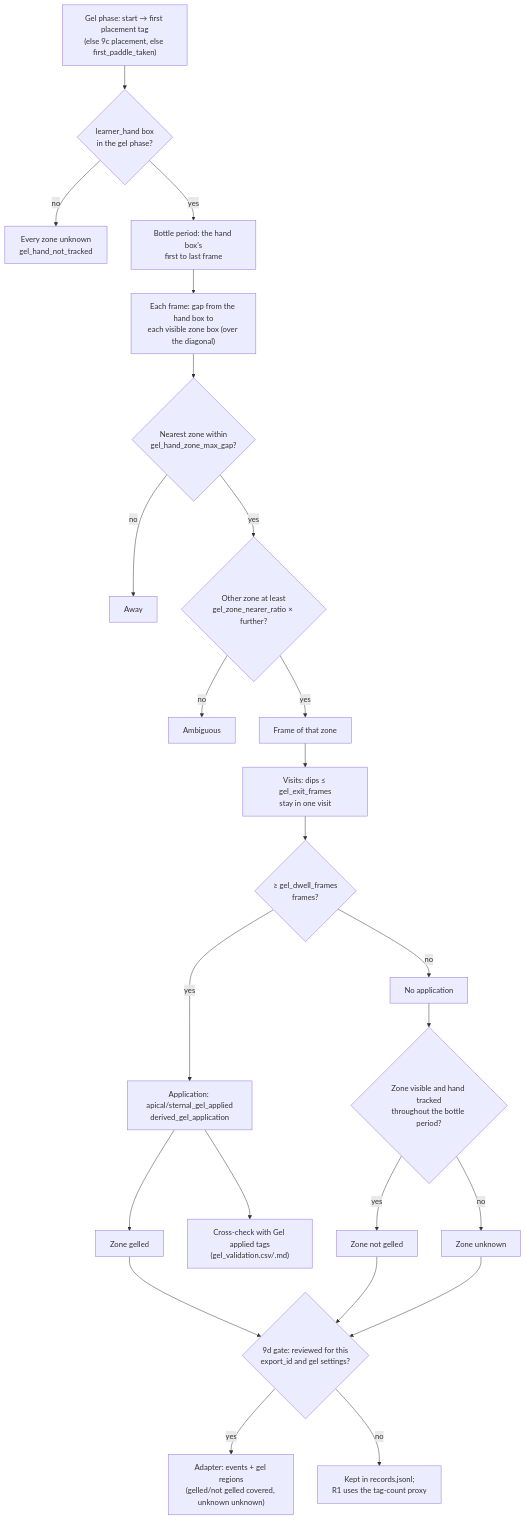
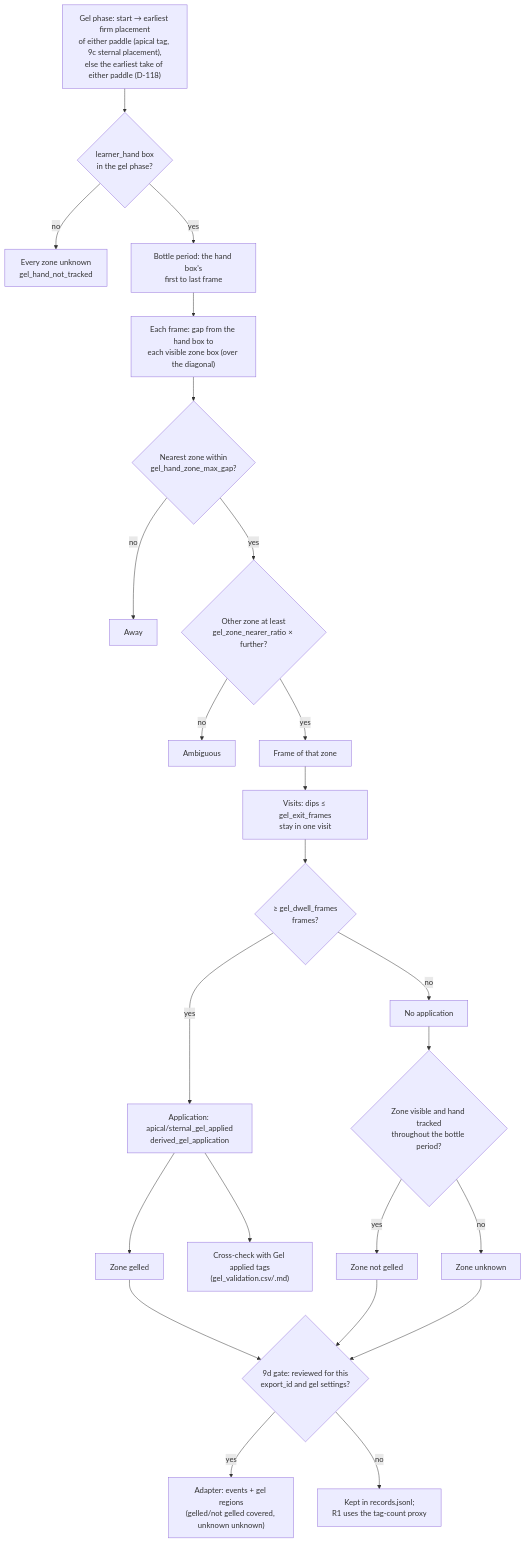
Diagram 15 of 16 in docs/rule_engine/diagrams.md (ananthu65/defibrillator_research), drawn with Mermaid before and after one commit. The commit also changed other lines of this file and 24 other files, not shown here.

````diff
--- a/docs/rule_engine/diagrams.md
+++ b/docs/rule_engine/diagrams.md
@@ -376,26 +374,26 @@
 ```mermaid
 flowchart TD
-    PH["Gel phase: start → first placement tag<br/>(else 9c placement, else first_paddle_taken)"] --> H{"learner_hand box<br/>in the gel phase?"}
+    PH["Gel phase: start → earliest firm placement<br/>of either paddle (apical tag, 9c sternal placement),<br/>else the earliest take of either paddle (D-118)"] --> H{"learner_hand box<br/>in the gel phase?"}
     H -->|no| NH["Every zone unknown<br/>gel_hand_not_tracked"]
     H -->|yes| B["Bottle period: the hand box's<br/>first to last frame"]
     B --> F["Each frame: gap from the hand box to<br/>each visible zone box (over the diagonal)"]
     F --> N{"Nearest zone within<br/>gel_hand_zone_max_gap?"}
     N -->|no| AW["Away"]
     N -->|yes| R{"Other zone at least<br/>gel_zone_nearer_ratio × further?"}
     R -->|no| AM["Ambiguous"]
     R -->|yes| Z["Frame of that zone"]
     Z --> V["Visits: dips ≤ gel_exit_frames<br/>stay in one visit"]
     V --> D{"≥ gel_dwell_frames<br/>frames?"}
     D -->|yes| APP["Application: apical/sternal_gel_applied<br/>derived_gel_application"]
     D -->|no| NA["No application"]
     APP --> G1["Zone gelled"]
     NA --> S{"Zone visible and hand tracked<br/>throughout the bottle period?"}
     S -->|yes| G2["Zone not gelled"]
     S -->|no| G3["Zone unknown"]
     APP --> T["Cross-check with Gel applied tags<br/>(gel_validation.csv/.md)"]
     G1 --> GATE{"9d gate: reviewed for this<br/>export_id and gel settings?"}
     G2 --> GATE
     G3 --> GATE
     GATE -->|yes| USE["Adapter: events + gel regions<br/>(gelled/not gelled covered, unknown unknown)"]
     GATE -->|no| HOLD["Kept in records.jsonl;<br/>R1 uses the tag-count proxy"]
 ```
````
